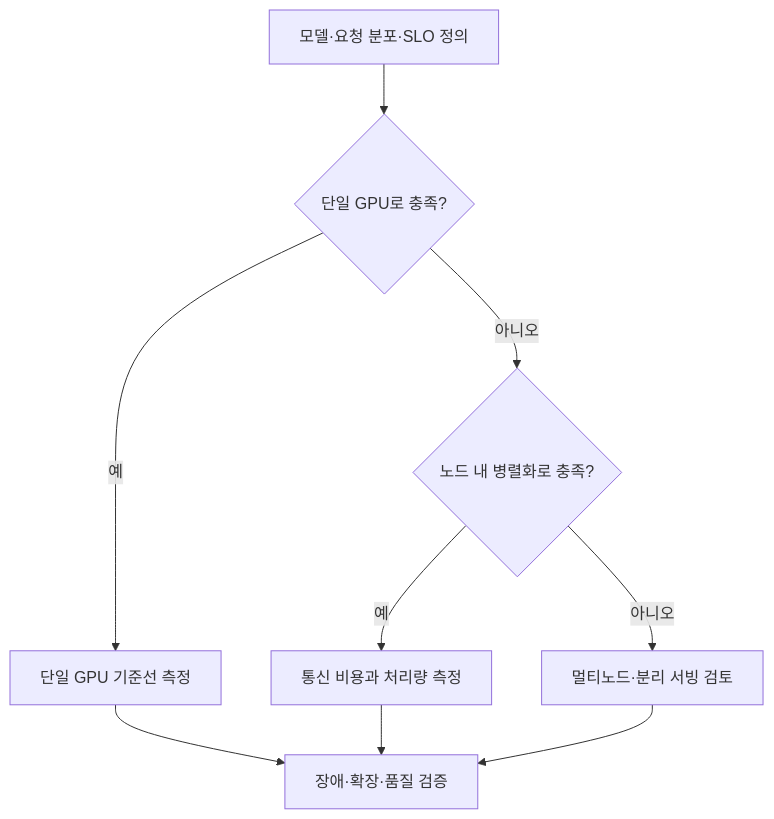
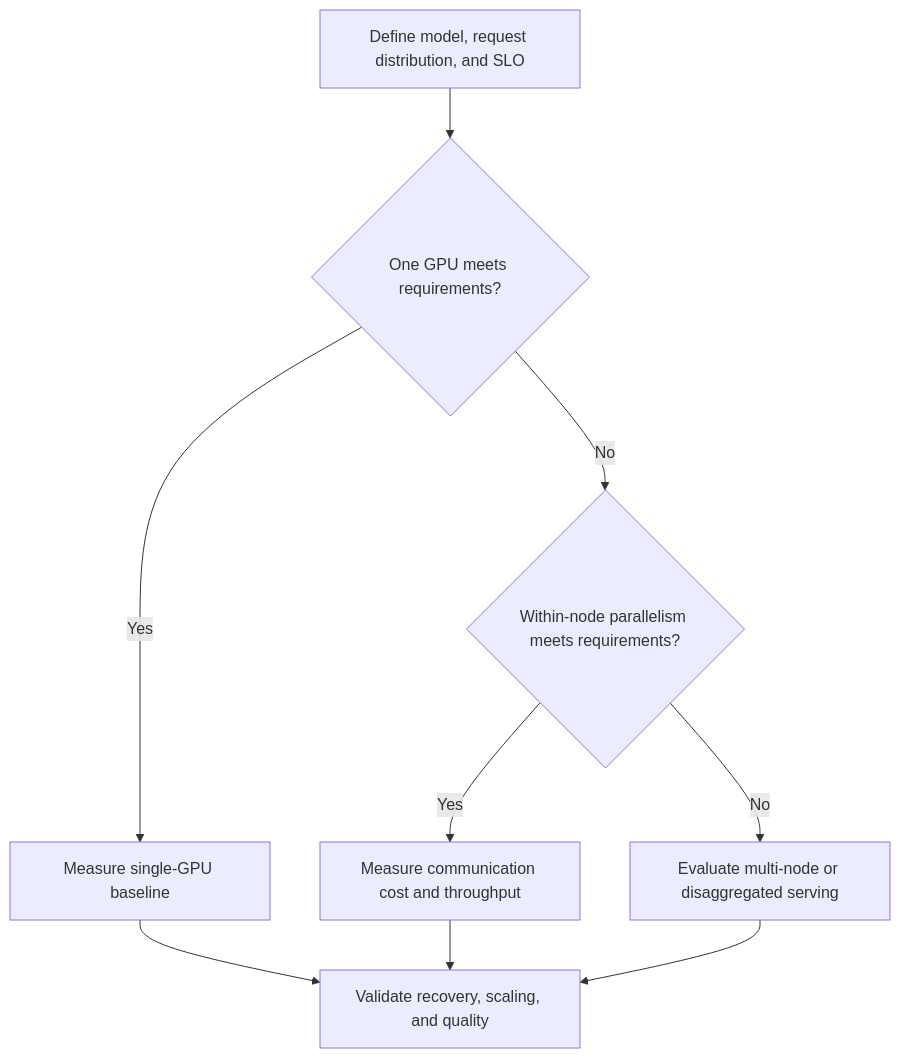
One commit to devfloor9/engineering-playbook changed the diagram in docs/agentic-ai-platform/model-serving/inference-optimization/index.md. Above: the diagram before and after it, drawn with Mermaid. The commit also changed other lines of this file and 954 other files, not shown here.

````diff
--- a/docs/agentic-ai-platform/model-serving/inference-optimization/index.md
+++ b/docs/agentic-ai-platform/model-serving/inference-optimization/index.md
@@ -90,13 +90,13 @@
 ```mermaid
 flowchart TD
-    accTitle: 추론 배포 방식 선택
-    accDescr: 먼저 단일 GPU에서 메모리와 SLO를 확인하고, 필요할 때 노드 내 병렬화와 멀티노드를 검토한다.
-    A[모델·요청 분포·SLO 정의] --> B{단일 GPU로 충족?}
-    B -->|예| C[단일 GPU 기준선 측정]
-    B -->|아니오| D{노드 내 병렬화로 충족?}
-    D -->|예| E[통신 비용과 처리량 측정]
-    D -->|아니오| F[멀티노드·분리 서빙 검토]
-    C --> G[장애·확장·품질 검증]
+    accTitle: Choosing an inference deployment
+    accDescr: Test memory and SLOs on one GPU first, then evaluate within-node parallelism and multiple nodes when needed.
+    A[Define model, request distribution, and SLO] --> B{One GPU meets requirements?}
+    B -->|Yes| C[Measure single-GPU baseline]
+    B -->|No| D{Within-node parallelism meets requirements?}
+    D -->|Yes| E[Measure communication cost and throughput]
+    D -->|No| F[Evaluate multi-node or disaggregated serving]
+    C --> G[Validate recovery, scaling, and quality]
     E --> G
     F --> G
 ```
````
